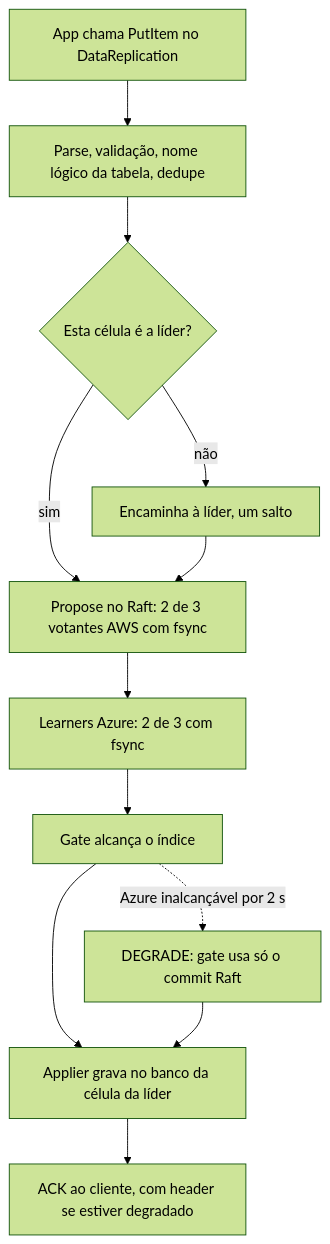
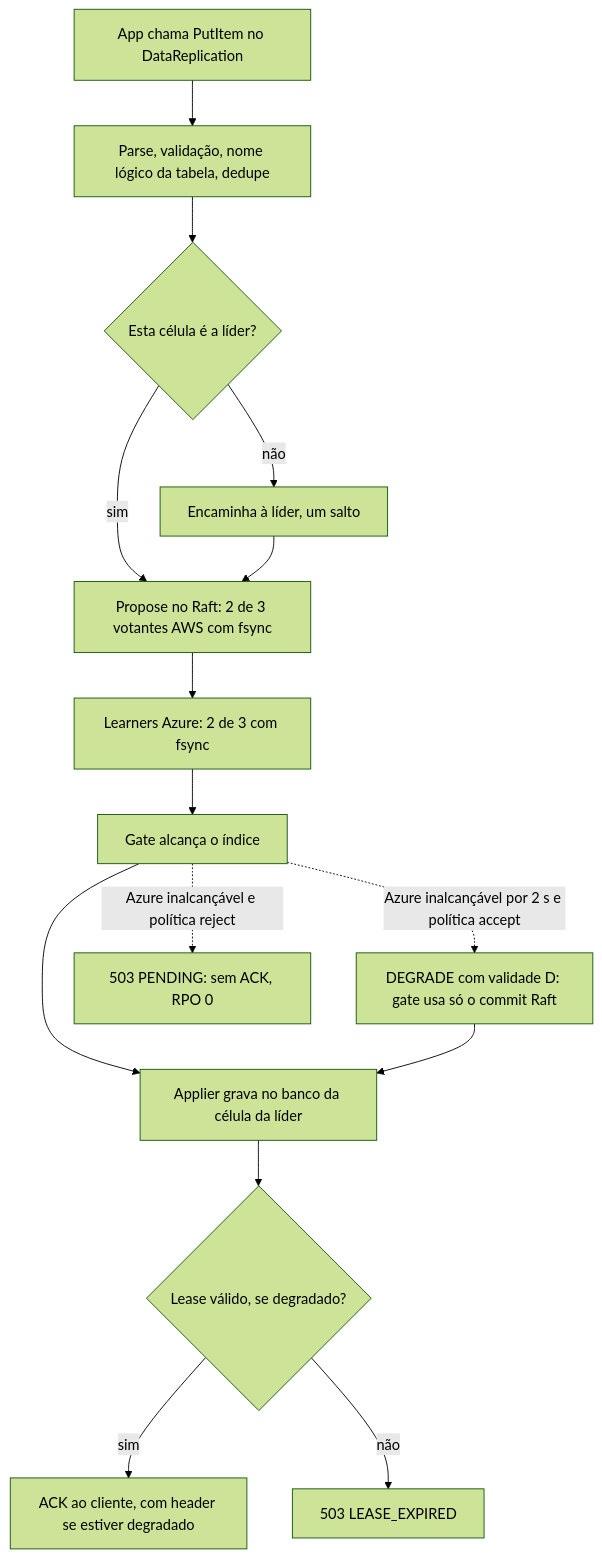
One commit to brbarmex/k changed the second of 3 diagrams in DataReplication_Versao_1.md. Above: the diagram before and after it, drawn with Mermaid (forest theme). The commit also changed other lines of this file and 139 other files, not shown here.

````diff
--- a/DataReplication_Versao_1.md
+++ b/DataReplication_Versao_1.md
@@ -245,14 +259,17 @@
 ```mermaid
 flowchart TD
     A["App chama PutItem no DataReplication"] --> B["Parse, validação, nome lógico da tabela, dedupe"]
     B --> C{"Esta célula é a líder?"}
     C -->|"não"| D["Encaminha à líder, um salto"]
     C -->|"sim"| E["Propose no Raft: 2 de 3 votantes AWS com fsync"]
     D --> E
     E --> F["Learners Azure: 2 de 3 com fsync"]
     F --> G["Gate alcança o índice"]
     G --> H["Applier grava no banco da célula da líder"]
-    H --> I["ACK ao cliente, com header se estiver degradado"]
-    G -.->|"Azure inalcançável por 2 s"| J["DEGRADE: gate usa só o commit Raft"]
+    H --> L{"Lease válido, se degradado?"}
+    L -->|"sim"| I["ACK ao cliente, com header se estiver degradado"]
+    L -->|"não"| M["503 LEASE_EXPIRED"]
+    G -.->|"Azure inalcançável por 2 s e política accept"| J["DEGRADE com validade D: gate usa só o commit Raft"]
+    G -.->|"Azure inalcançável e política reject"| K["503 PENDING: sem ACK, RPO 0"]
     J --> H
 ```
````
